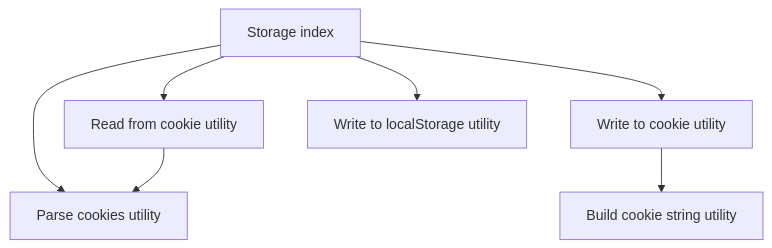
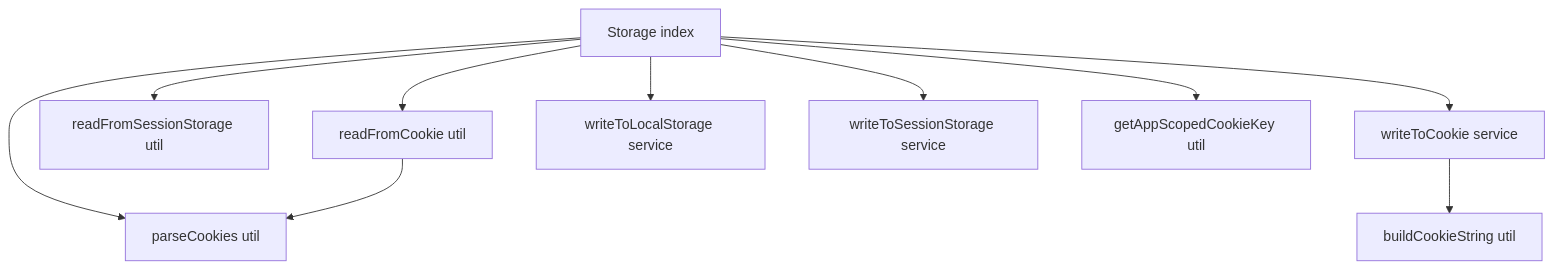
One commit to luciocabrera/lcabrera-stack changed the diagram in packages/ui/src/utils/storage/ARCHITECTURE.md. Above: the diagram before and after it, drawn with Mermaid. The commit also changed other lines of this file and 35 other files, not shown here.

First line of the commit message:
refactor(ui): re-home effectful storage writers as services, make buildCookieString pure (WP3)

````diff
--- a/packages/ui/src/utils/storage/ARCHITECTURE.md
+++ b/packages/ui/src/utils/storage/ARCHITECTURE.md
@@ -20,10 +37,13 @@
 ```mermaid
 graph TD
-  Index[Storage index] --> Parse[Parse cookies utility]
-  Index --> Read[Read from cookie utility]
-  Index --> WriteCookie[Write to cookie utility]
-  Index --> WriteLocal[Write to localStorage utility]
+  Index[Storage index] --> Parse[parseCookies util]
+  Index --> Read[readFromCookie util]
+  Index --> ReadSession[readFromSessionStorage util]
+  Index --> WriteCookie[writeToCookie service]
+  Index --> WriteLocal[writeToLocalStorage service]
+  Index --> WriteSession[writeToSessionStorage service]
+  Index --> ScopedKey[getAppScopedCookieKey util]
 
-  WriteCookie --> BuildCookie[Build cookie string utility]
+  WriteCookie --> BuildCookie[buildCookieString util]
   Read --> Parse
 ```
````
